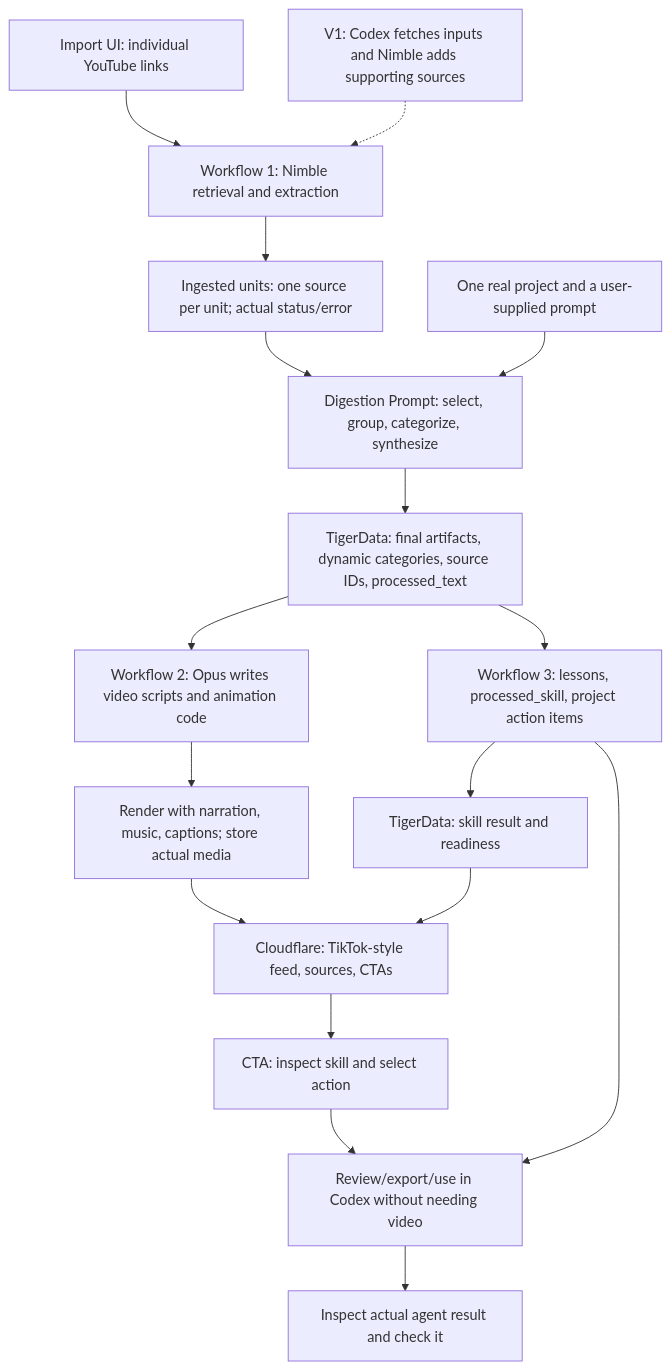
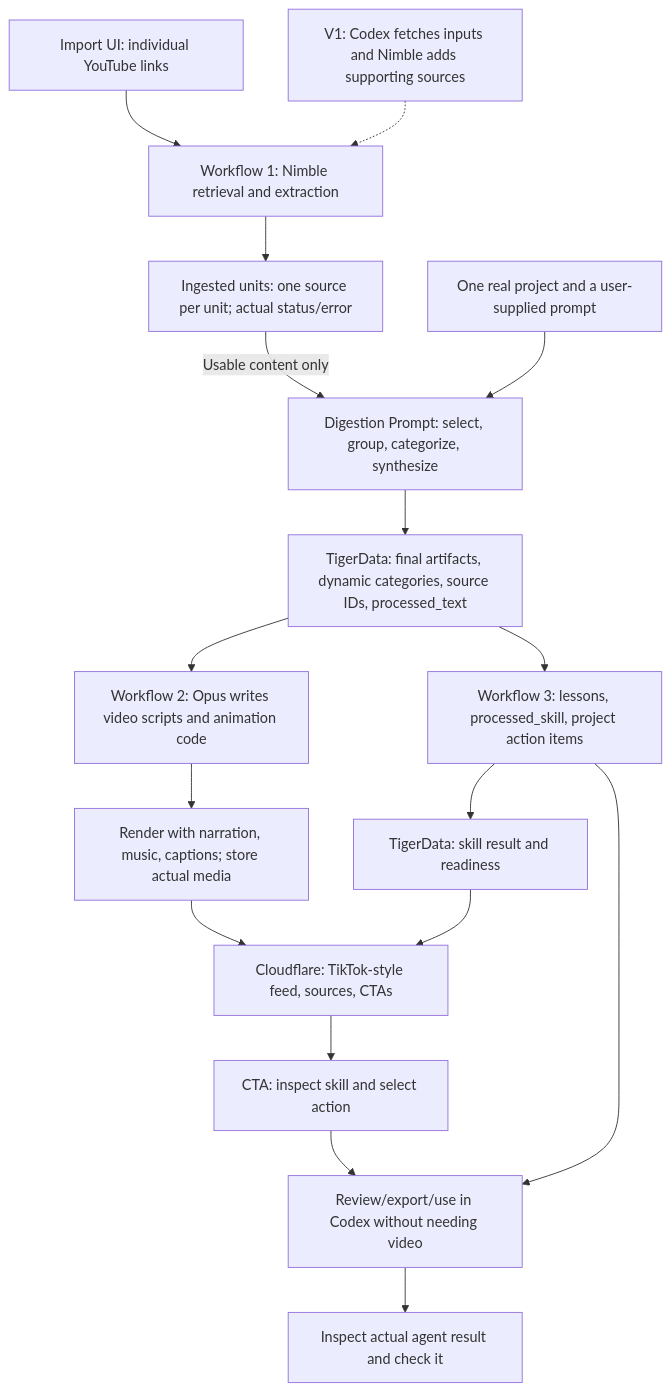
One commit to AnalystTom/Major-League-Hacking-Hack- changed the diagram in docs/project-actions-spec.md. Above: the diagram before and after it, drawn with Mermaid.

Commit message:
docs: show only usable sources entering digestion

````diff
--- a/docs/project-actions-spec.md
+++ b/docs/project-actions-spec.md
@@ -56,19 +56,19 @@
 ```mermaid
 flowchart TD
   R["Import UI: individual YouTube links"] --> I["Workflow 1: Nimble retrieval and extraction"]
   I --> U["Ingested units: one source per unit; actual status/error"]
-  U --> D["Digestion Prompt: select, group, categorize, synthesize"]
+  U -->|Usable content only| D["Digestion Prompt: select, group, categorize, synthesize"]
   P["One real project and a user-supplied prompt"] --> D
   D --> T["TigerData: final artifacts, dynamic categories, source IDs, processed_text"]
   T --> V["Workflow 2: Opus writes video scripts and animation code"]
   V --> M["Render with narration, music, captions; store actual media"]
   M --> F["Cloudflare: TikTok-style feed, sources, CTAs"]
   T --> S["Workflow 3: lessons, processed_skill, project action items"]
   S --> K["TigerData: skill result and readiness"]
   K --> F
   S --> X["Review/export/use in Codex without needing video"]
   F --> C["CTA: inspect skill and select action"]
   C --> X
   X --> Q["Inspect actual agent result and check it"]
   L["V1: Codex fetches inputs and Nimble adds supporting sources"] -.-> I
 ```
````
